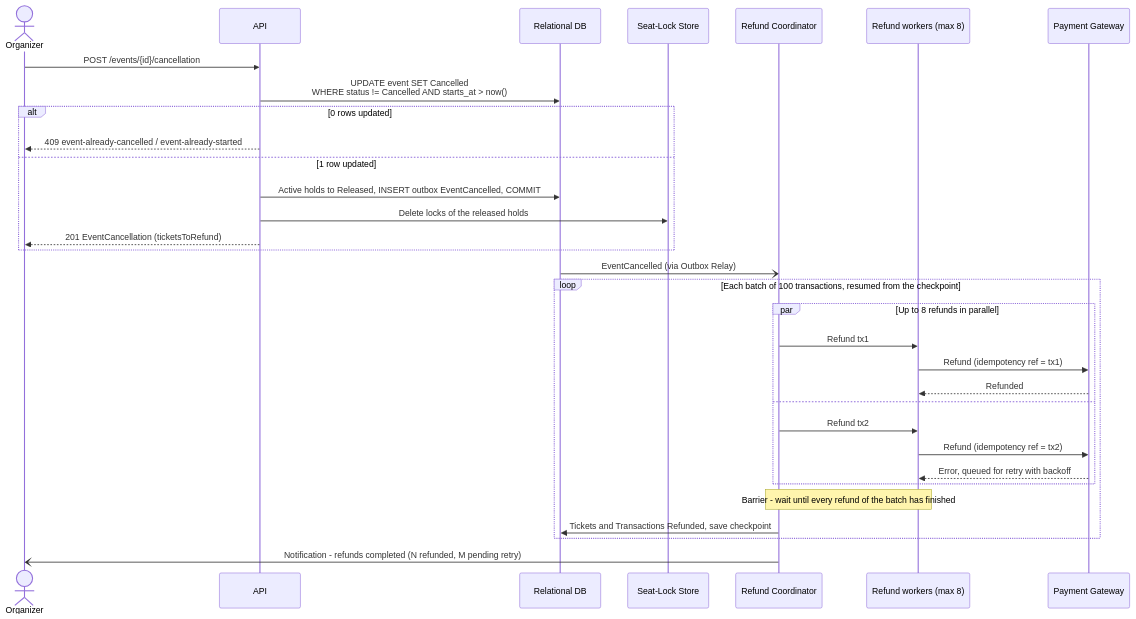
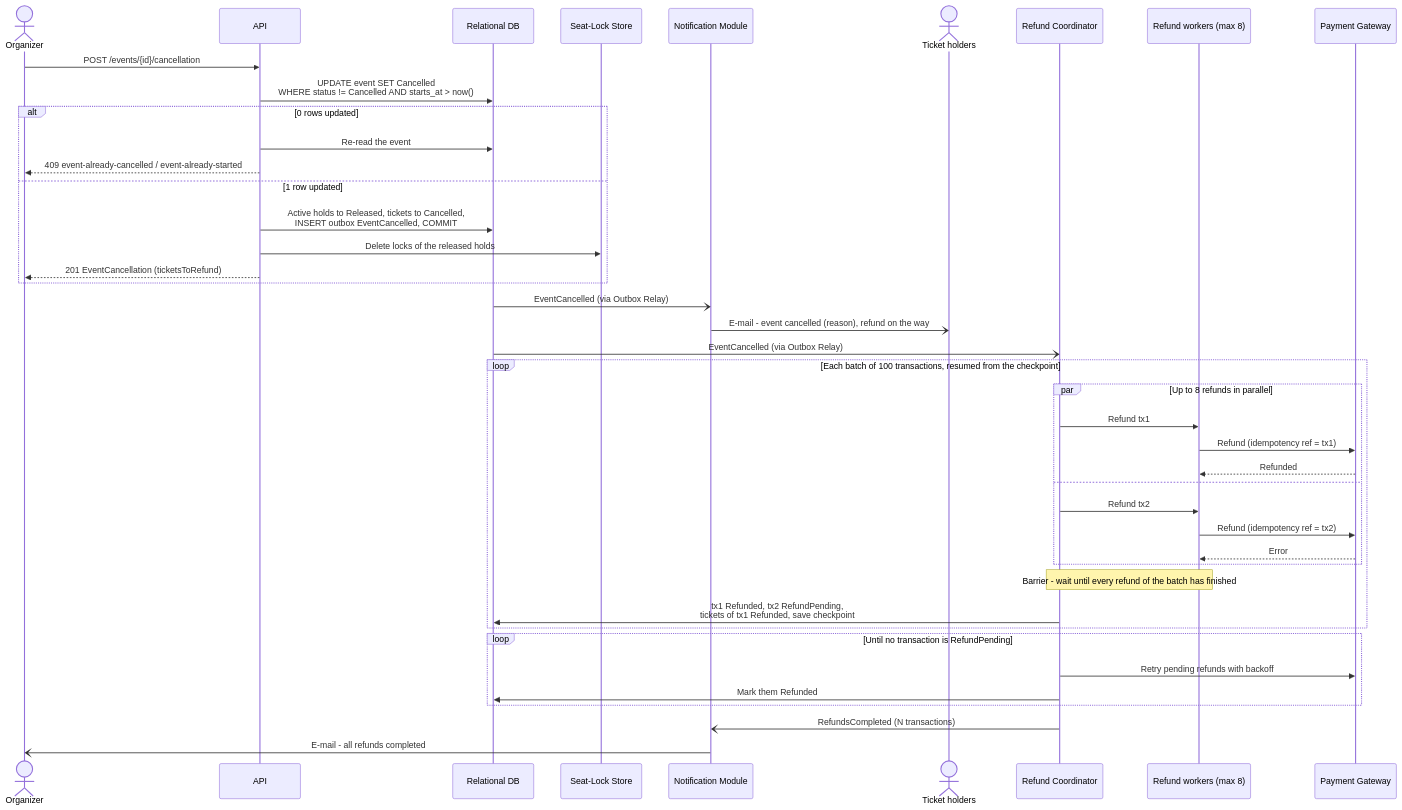
One commit to hrytsykvl/Ticketium changed the sixth of 7 diagrams in docs/CONCURRENCY_PATTERNS.md. Above: the diagram before and after it, drawn with Mermaid. The commit also changed other lines of this file and 6 other files, not shown here.

````diff
--- a/docs/CONCURRENCY_PATTERNS.md
+++ b/docs/CONCURRENCY_PATTERNS.md
@@ -399,35 +488,45 @@
 ```mermaid
 sequenceDiagram
     actor Org as Organizer
     participant API
     participant DB as Relational DB
     participant Lock as Seat-Lock Store
+    participant Notif as Notification Module
+    actor Holders as Ticket holders
     participant RC as Refund Coordinator
     participant Pool as Refund workers (max 8)
     participant PG as Payment Gateway
 
     Org->>API: POST /events/{id}/cancellation
     API->>DB: UPDATE event SET Cancelled<br/>WHERE status != Cancelled AND starts_at > now()
     alt 0 rows updated
+        API->>DB: Re-read the event
         API-->>Org: 409 event-already-cancelled / event-already-started
     else 1 row updated
-        API->>DB: Active holds to Released, INSERT outbox EventCancelled, COMMIT
+        API->>DB: Active holds to Released, tickets to Cancelled,<br/>INSERT outbox EventCancelled, COMMIT
         API->>Lock: Delete locks of the released holds
         API-->>Org: 201 EventCancellation (ticketsToRefund)
     end
+    DB-)Notif: EventCancelled (via Outbox Relay)
+    Notif-)Holders: E-mail - event cancelled (reason), refund on the way
     DB-)RC: EventCancelled (via Outbox Relay)
     loop Each batch of 100 transactions, resumed from the checkpoint
         par Up to 8 refunds in parallel
             RC->>Pool: Refund tx1
             Pool->>PG: Refund (idempotency ref = tx1)
             PG-->>Pool: Refunded
         and
             RC->>Pool: Refund tx2
             Pool->>PG: Refund (idempotency ref = tx2)
-            PG-->>Pool: Error, queued for retry with backoff
+            PG-->>Pool: Error
         end
         Note over RC,Pool: Barrier - wait until every refund of the batch has finished
-        RC->>DB: Tickets and Transactions Refunded, save checkpoint
+        RC->>DB: tx1 Refunded, tx2 RefundPending,<br/>tickets of tx1 Refunded, save checkpoint
     end
-    RC-)Org: Notification - refunds completed (N refunded, M pending retry)
+    loop Until no transaction is RefundPending
+        RC->>PG: Retry pending refunds with backoff
+        RC->>DB: Mark them Refunded
+    end
+    RC-)Notif: RefundsCompleted (N transactions)
+    Notif-)Org: E-mail - all refunds completed
 ```
````
